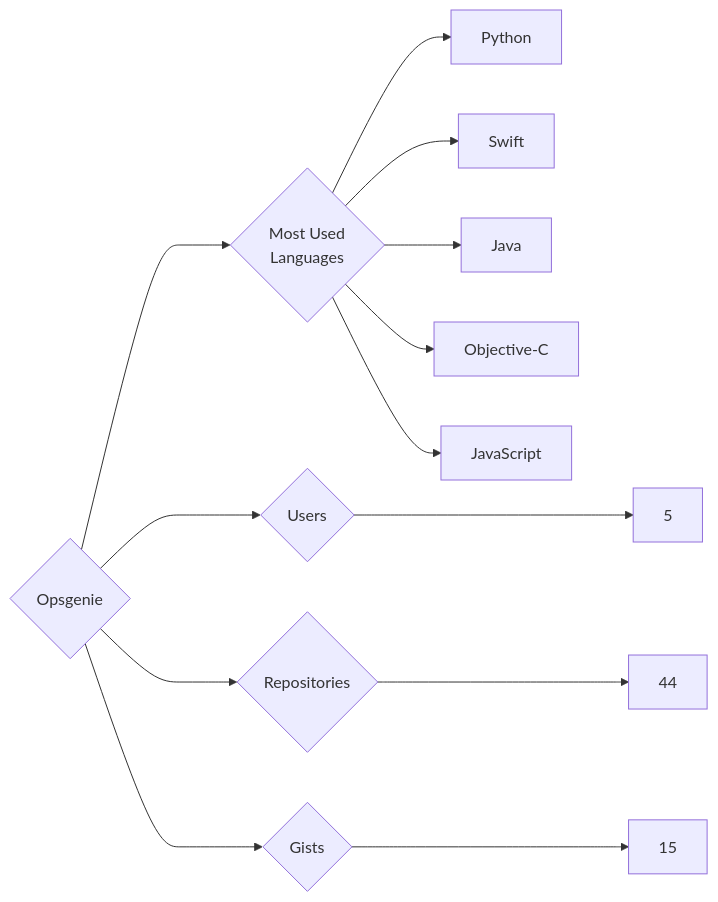
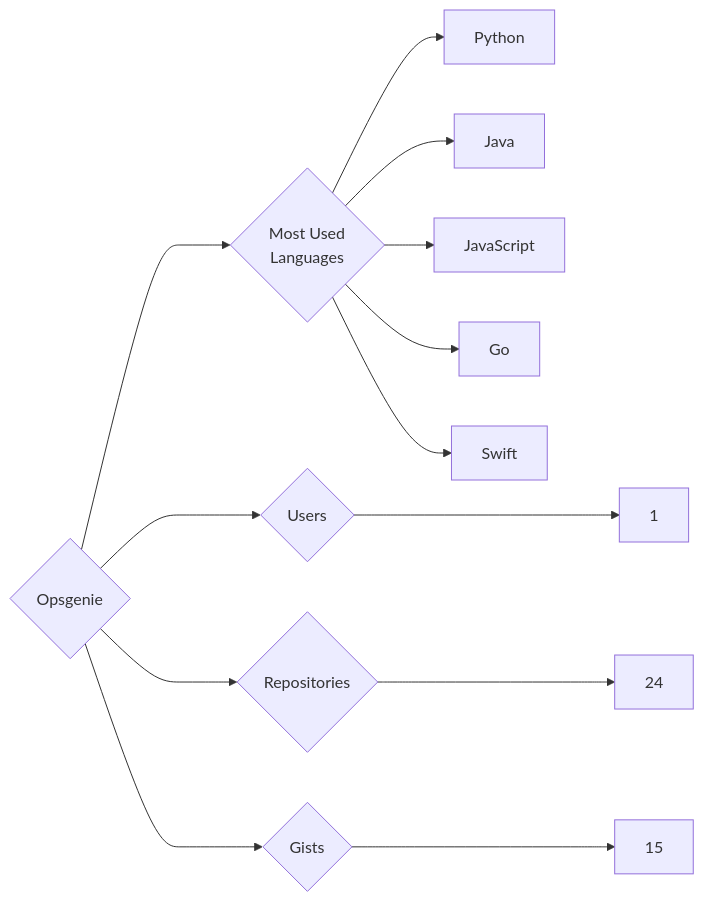
The diagram in targets/Opsgenie/README.md (trickest/insiders), drawn with Mermaid before and after one commit. The commit also changed 970 other files, not shown here.

````diff
--- a/targets/Opsgenie/README.md
+++ b/targets/Opsgenie/README.md
@@ -3,13 +3,13 @@
 ```mermaid
 graph LR
 COMPANY_NAME{Opsgenie}
-COMPANY_NAME ---> U{Users} ---> UN[5]
-COMPANY_NAME ---> R{Repositories} ---> RN[44]
+COMPANY_NAME ---> U{Users} ---> UN[1]
+COMPANY_NAME ---> R{Repositories} ---> RN[24]
 COMPANY_NAME ---> G{Gists} ---> GN[15]
 COMPANY_NAME ---> ML{Most Used<br>Languages}
 ML --> Python[Python]
+ML --> Java[Java]
+ML --> JavaScript[JavaScript]
+ML --> Go[Go]
 ML --> Swift[Swift]
-ML --> Java[Java]
-ML --> Objective-C[Objective-C]
-ML --> JavaScript[JavaScript]
 ```
````
